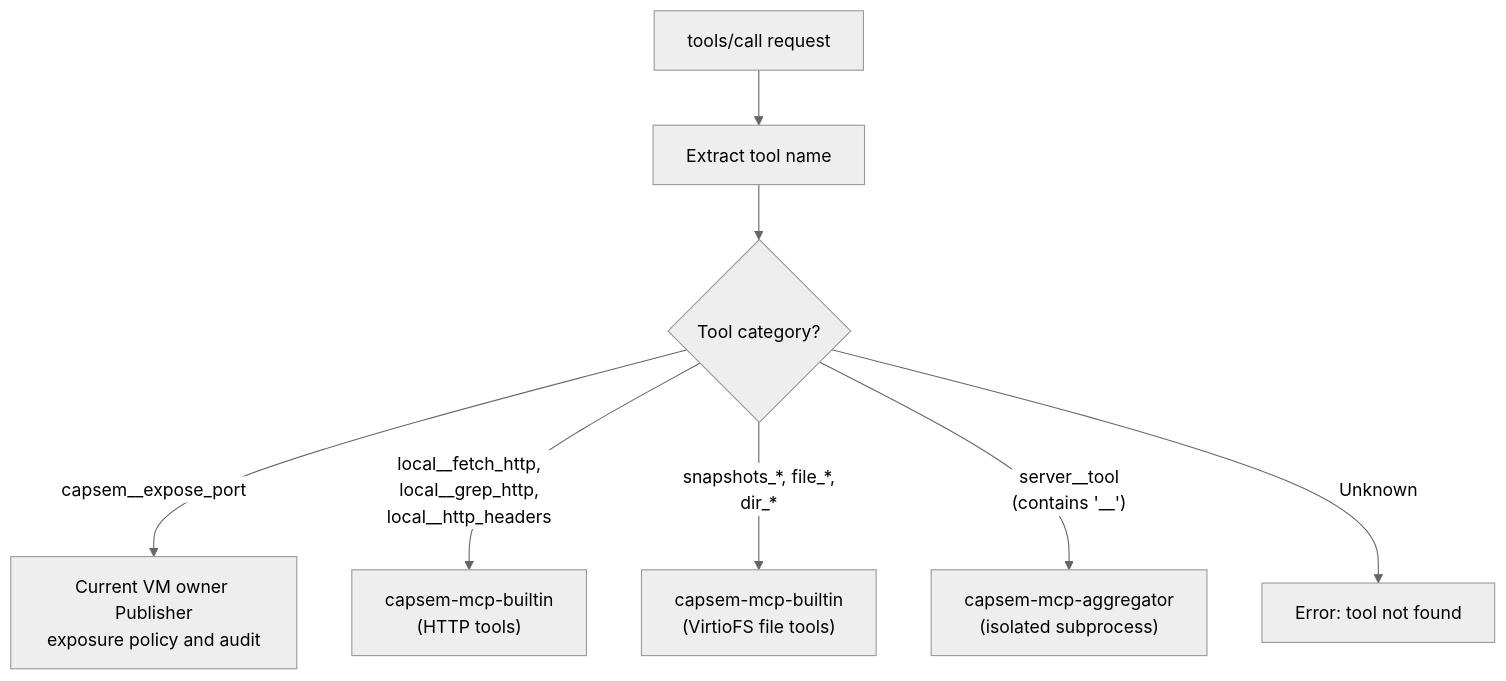
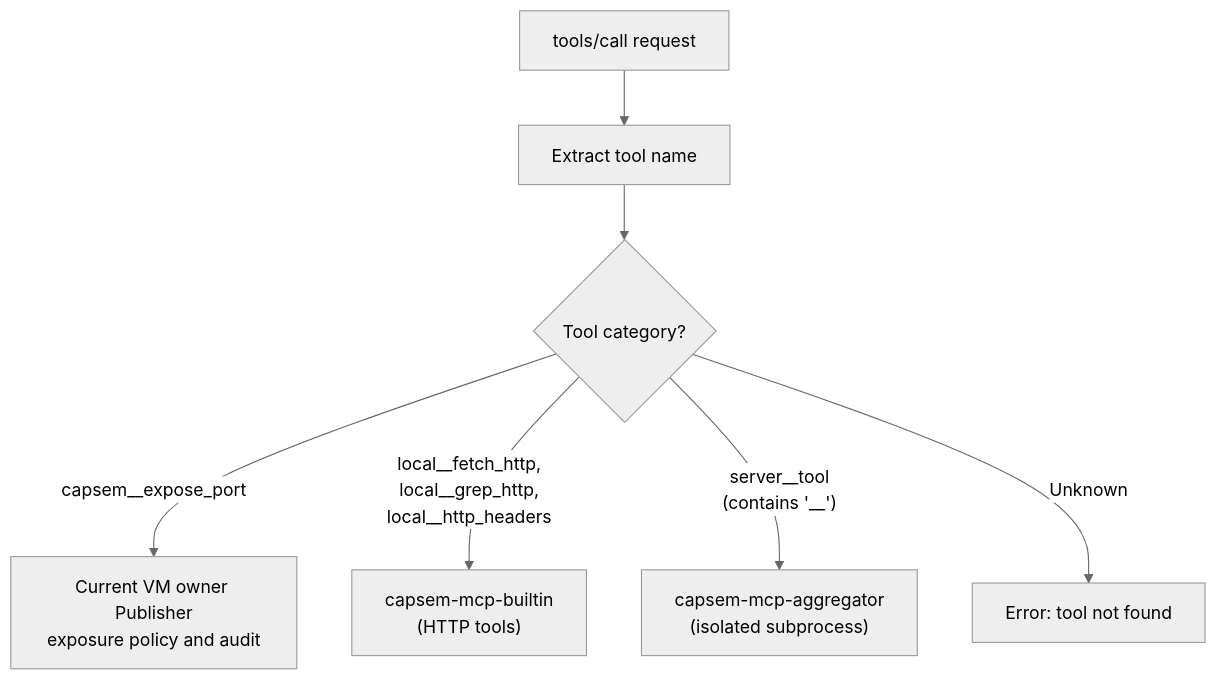
Before and after one commit to google/capsem: the fourth of 4 diagrams in web/docs/src/content/docs/architecture/mcp-gateway.md, drawn with Mermaid (neutral theme). The commit also changed other lines of this file and 217 other files, not shown here.

````diff
--- a/web/docs/src/content/docs/architecture/mcp-gateway.md
+++ b/web/docs/src/content/docs/architecture/mcp-gateway.md
@@ -106,10 +106,9 @@
 ```mermaid
 graph TD
     REQ["tools/call request"] --> PARSE["Extract tool name"]
     PARSE --> CHECK{"Tool category?"}
     CHECK -->|"capsem__expose_port"| OWNER["Current VM owner Publisher<br/>exposure policy and audit"]
     CHECK -->|"local__fetch_http,<br/>local__grep_http,<br/>local__http_headers"| BUILTIN["capsem-mcp-builtin<br/>(HTTP tools)"]
-    CHECK -->|"snapshots_*, file_*,<br/>dir_*"| FILE["capsem-mcp-builtin<br/>(VirtioFS file tools)"]
     CHECK -->|"server__tool<br/>(contains '__')"| EXT["capsem-mcp-aggregator<br/>(isolated subprocess)"]
     CHECK -->|"Unknown"| ERR["Error: tool not found"]
 ```
````
